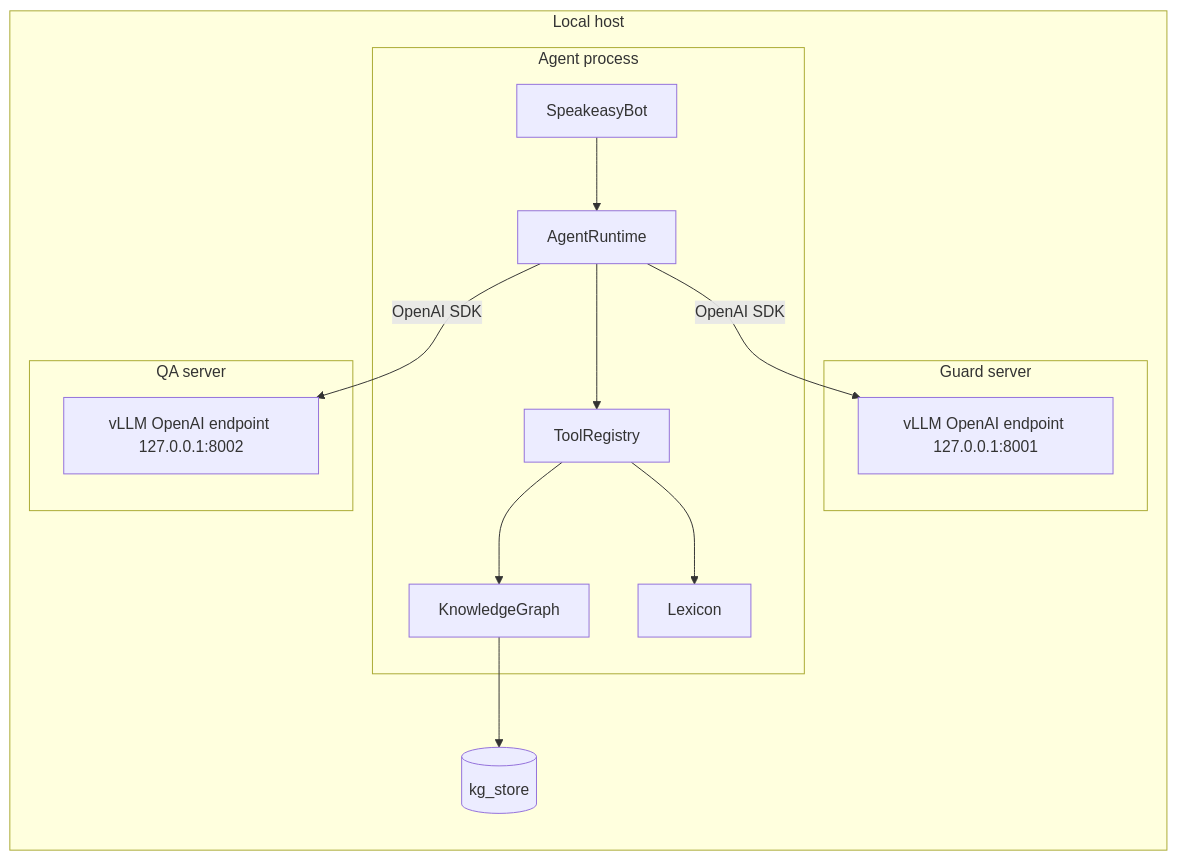
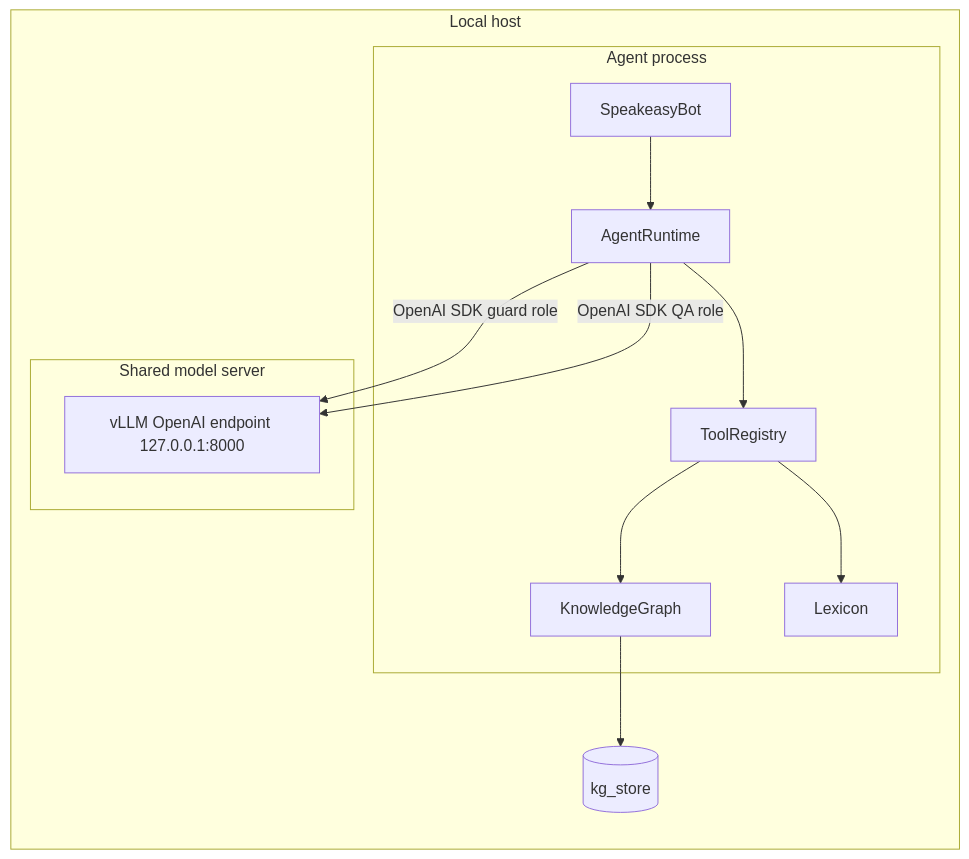
The sixth of 7 diagrams in docs/design/stage3-llm-centric/REPORT.md (Diekgbbtt/chat-agent), drawn with Mermaid before and after one commit. The commit also changed other lines of this file and 107 other files, not shown here.

````diff
--- a/docs/design/stage3-llm-centric/REPORT.md
+++ b/docs/design/stage3-llm-centric/REPORT.md
@@ -1288,26 +1151,23 @@
 ```mermaid
 flowchart LR
     subgraph Host[Local host]
         subgraph AgentProc[Agent process]
             BOT[SpeakeasyBot]
             RT[AgentRuntime]
             TOOLS[ToolRegistry]
             KG[KnowledgeGraph]
             LEX[Lexicon]
         end
-        subgraph GuardProc[Guard server]
-            GS["vLLM OpenAI endpoint 127.0.0.1:8001"]
-        end
-        subgraph QAProc[QA server]
-            QS["vLLM OpenAI endpoint 127.0.0.1:8002"]
+        subgraph ModelProc[Shared model server]
+            MS["vLLM OpenAI endpoint 127.0.0.1:8000"]
         end
         STORE[(kg_store)]
     end
     BOT --> RT
-    RT -->|OpenAI SDK| GS
-    RT -->|OpenAI SDK| QS
+    RT -->|OpenAI SDK guard role| MS
+    RT -->|OpenAI SDK QA role| MS
     RT --> TOOLS
     TOOLS --> KG
     TOOLS --> LEX
     KG --> STORE
 ```
````
